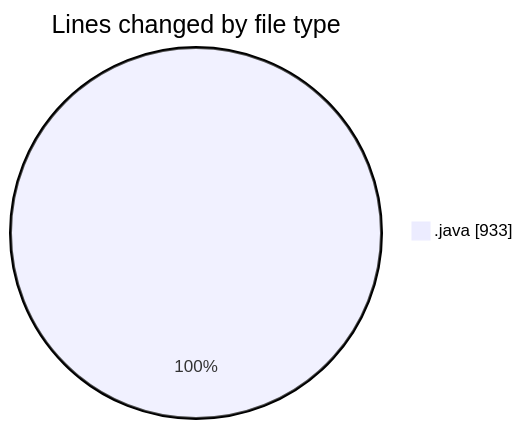
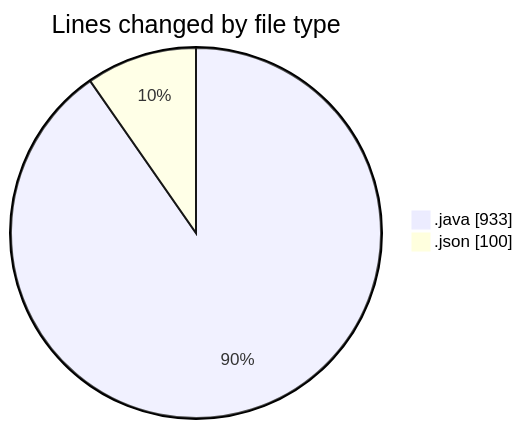
Before and after one commit to ricardozamudiocil/code-tracking: the first of 2 diagrams in 2026-05-12/cilapp/README.md, drawn with Mermaid. The commit also changed other lines of this file and 1 other file, not shown here.

````diff
--- a/2026-05-12/cilapp/README.md
+++ b/2026-05-12/cilapp/README.md
@@ -24,5 +25,6 @@
 ```mermaid
 pie showData
 title Lines changed by file type
 ".java" : 933
+".json" : 100
 ```
````
